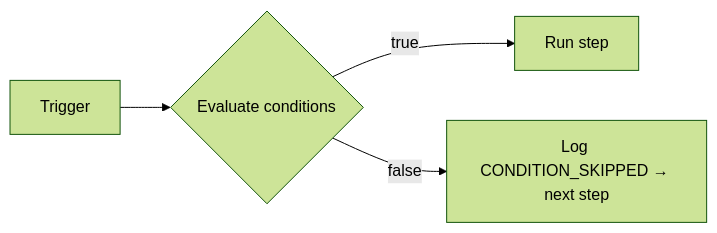
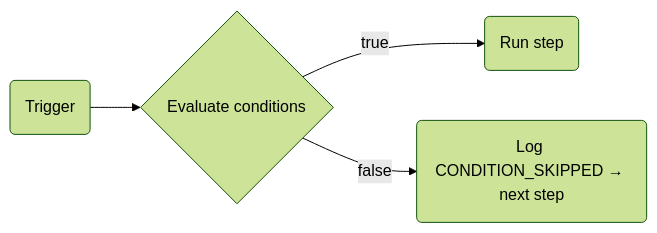
Before and after one commit to KriyanshKhunt/nexus_docs: the diagram in content/docs/en/platform/features/step-conditions.mdx, drawn with Mermaid (forest theme). The commit also changed 25 other files, not shown here.

Commit message:
Handle en Mermaid charts

````diff
--- a/content/docs/en/platform/features/step-conditions.mdx
+++ b/content/docs/en/platform/features/step-conditions.mdx
@@ -12,6 +12,6 @@
 ```mermaid
 flowchart LR
-  Trigger --> Eval{Evaluate conditions}
-  Eval -->|true| Execute[Run step]
-  Eval -->|false| Skip[Log CONDITION_SKIPPED → next step]
+  Trigger(Trigger) --> Eval{Evaluate conditions}
+  Eval -->|true| Execute(Run step)
+  Eval -->|false| Skip(Log CONDITION_SKIPPED → next step)
 ```
````
